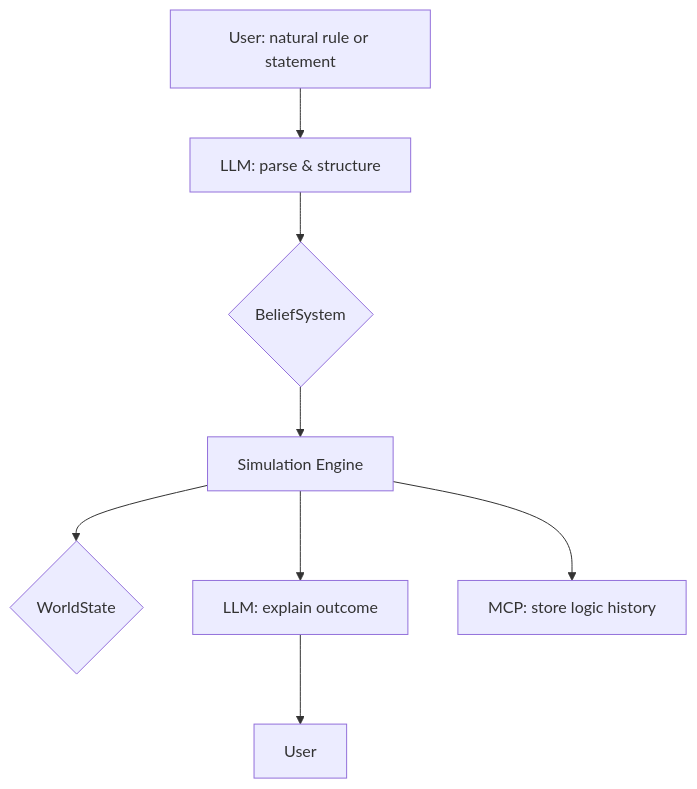
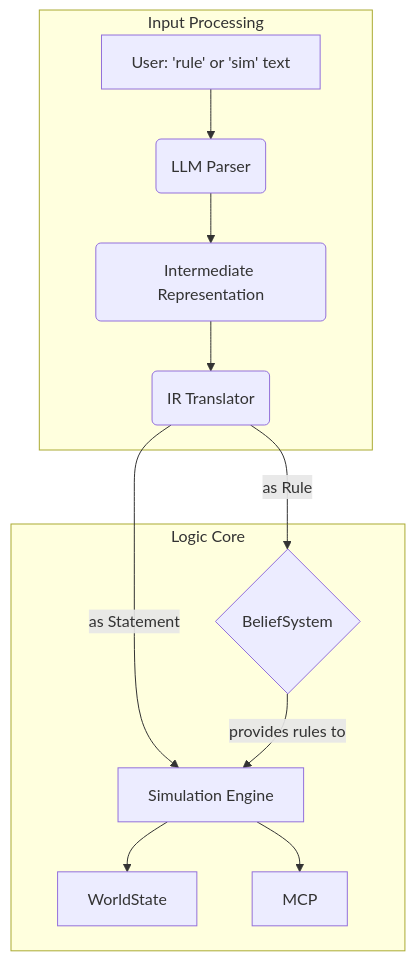
Before and after one commit to vijayanant/logic-fabricator: the diagram in docs/architecture.md, drawn with Mermaid. The commit also changed other lines of this file and 3 other files, not shown here.

````diff
--- a/docs/architecture.md
+++ b/docs/architecture.md
@@ -72,11 +80,16 @@
 ```mermaid
 graph TD
-    A[User: natural rule or statement]
-    A --> B[LLM: parse & structure]
-    B --> C{BeliefSystem}
-    C --> D[Simulation Engine]
-    D --> E{WorldState}
-    D --> F[LLM: explain outcome]
-    F --> G[User]
-    D --> H[MCP: store logic history]
+    subgraph "Input Processing"
+        A[User: 'rule' or 'sim' text] --> B(LLM Parser);
+        B --> C(Intermediate Representation);
+        C --> D(IR Translator);
+    end
+
+    subgraph "Logic Core"
+        D -- as Rule --> E{BeliefSystem};
+        D -- as Statement --> F[Simulation Engine];
+        E -- provides rules to --> F;
+        F --> G[WorldState];
+        F --> H[MCP];
+    end
 ```
````
